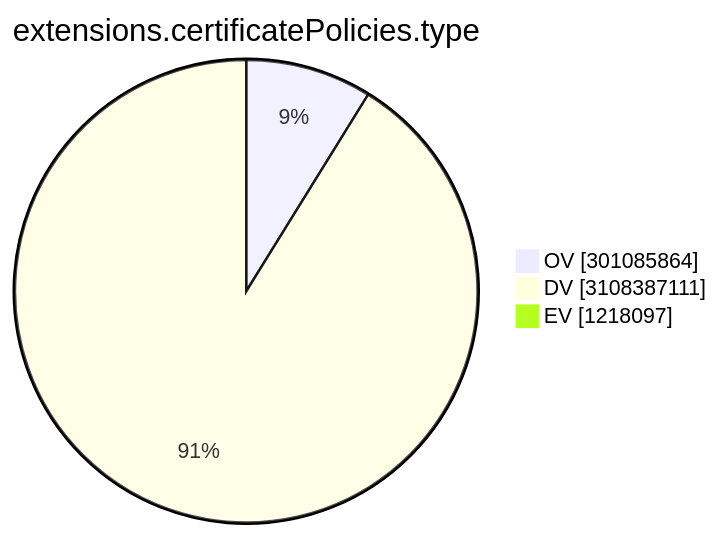
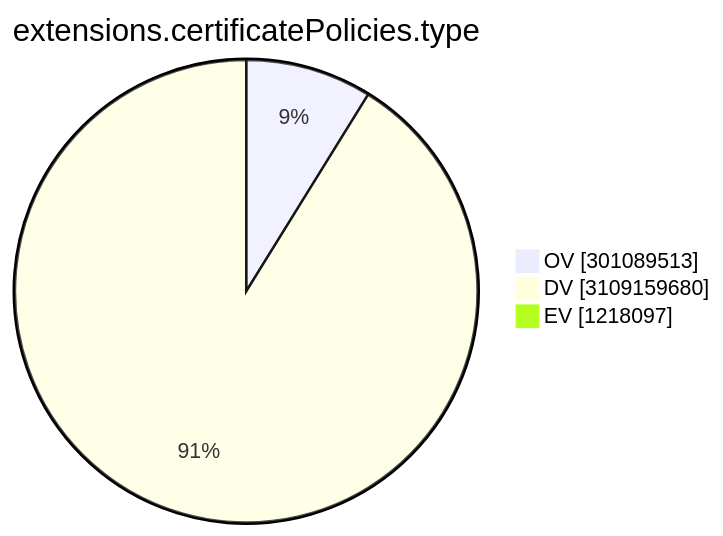
The ninth of 15 diagrams in TOTAL/README.md (christiankrug/ctmonitor_visualization), drawn with Mermaid before and after one commit. The commit also changed other lines of this file, not shown here.

````diff
--- a/TOTAL/README.md
+++ b/TOTAL/README.md
@@ -3103,7 +3103,7 @@
 ```mermaid
 pie showData
 title extensions.certificatePolicies.type
-"OV" :301085864
-"DV" :3108387111
+"OV" :301089513
+"DV" :3109159680
 "EV" :1218097
 ```
````
